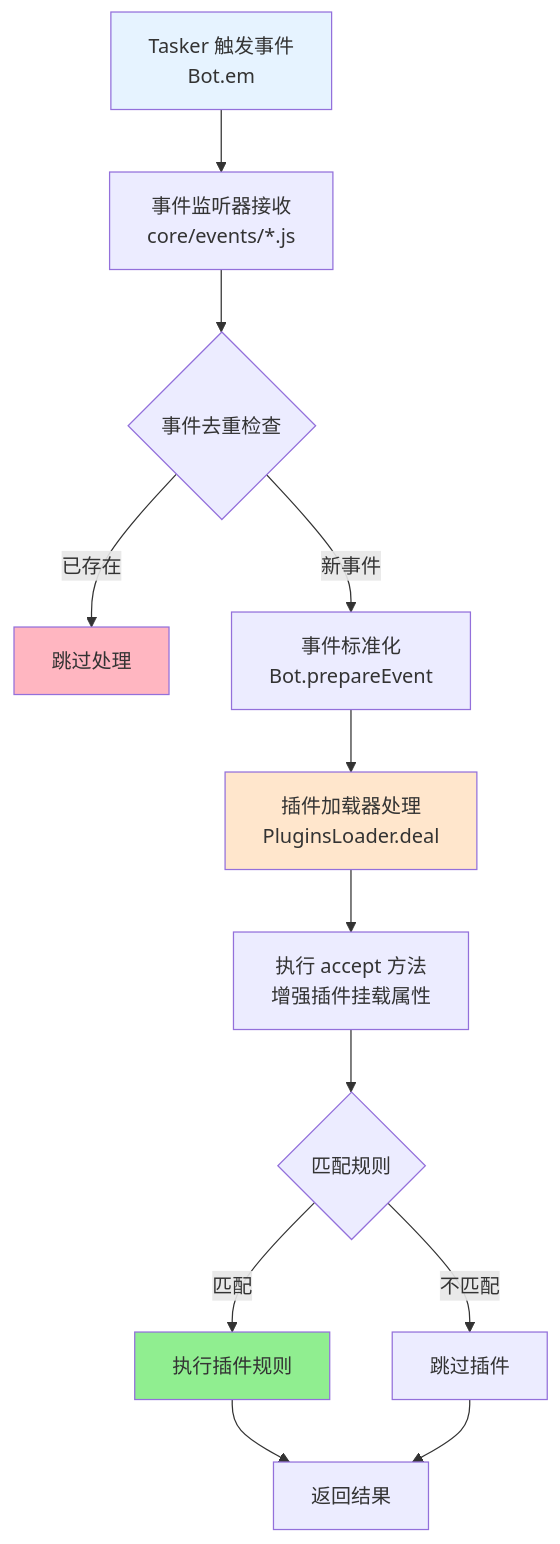
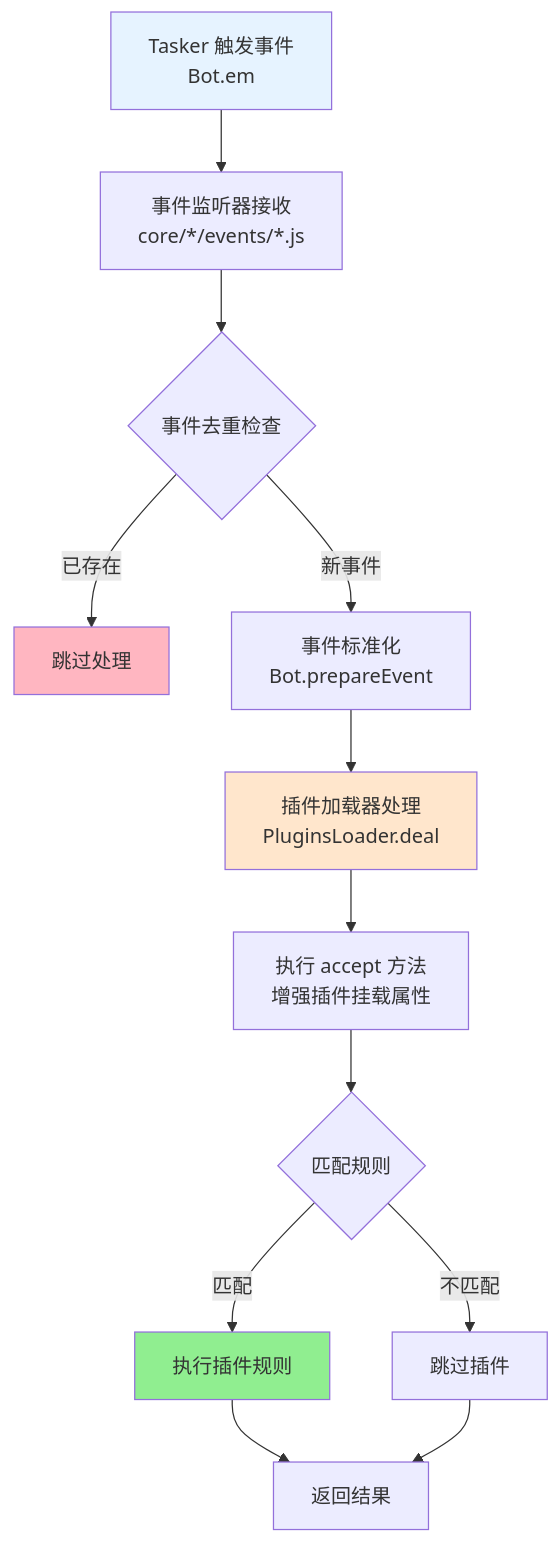
The sixth of 9 diagrams in docs/完整文档.md (sunflowermm/XRK-AGT), drawn with Mermaid before and after one commit. The commit also changed other lines of this file and 116 other files, not shown here.

````diff
--- a/docs/完整文档.md
+++ b/docs/完整文档.md
@@ -418,19 +417,19 @@
 ```mermaid
 flowchart TB
-    A["Tasker 触发事件<br/>Bot.em"] --> B["事件监听器接收<br/>core/events/*.js"]
+    A["Tasker 触发事件<br/>Bot.em"] --> B["事件监听器接收<br/>core/*/events/*.js"]
     B --> C{"事件去重检查"}
     C -->|已存在| Z["跳过处理"]
     C -->|新事件| D["事件标准化<br/>Bot.prepareEvent"]
     D --> E["插件加载器处理<br/>PluginsLoader.deal"]
     E --> F["执行 accept 方法<br/>增强插件挂载属性"]
     F --> G{"匹配规则"}
     G -->|匹配| H["执行插件规则"]
     G -->|不匹配| I["跳过插件"]
     H --> J["返回结果"]
     I --> J
     
     style A fill:#E6F3FF
     style E fill:#FFE6CC
     style H fill:#90EE90
     style Z fill:#FFB6C1
 ```
````
